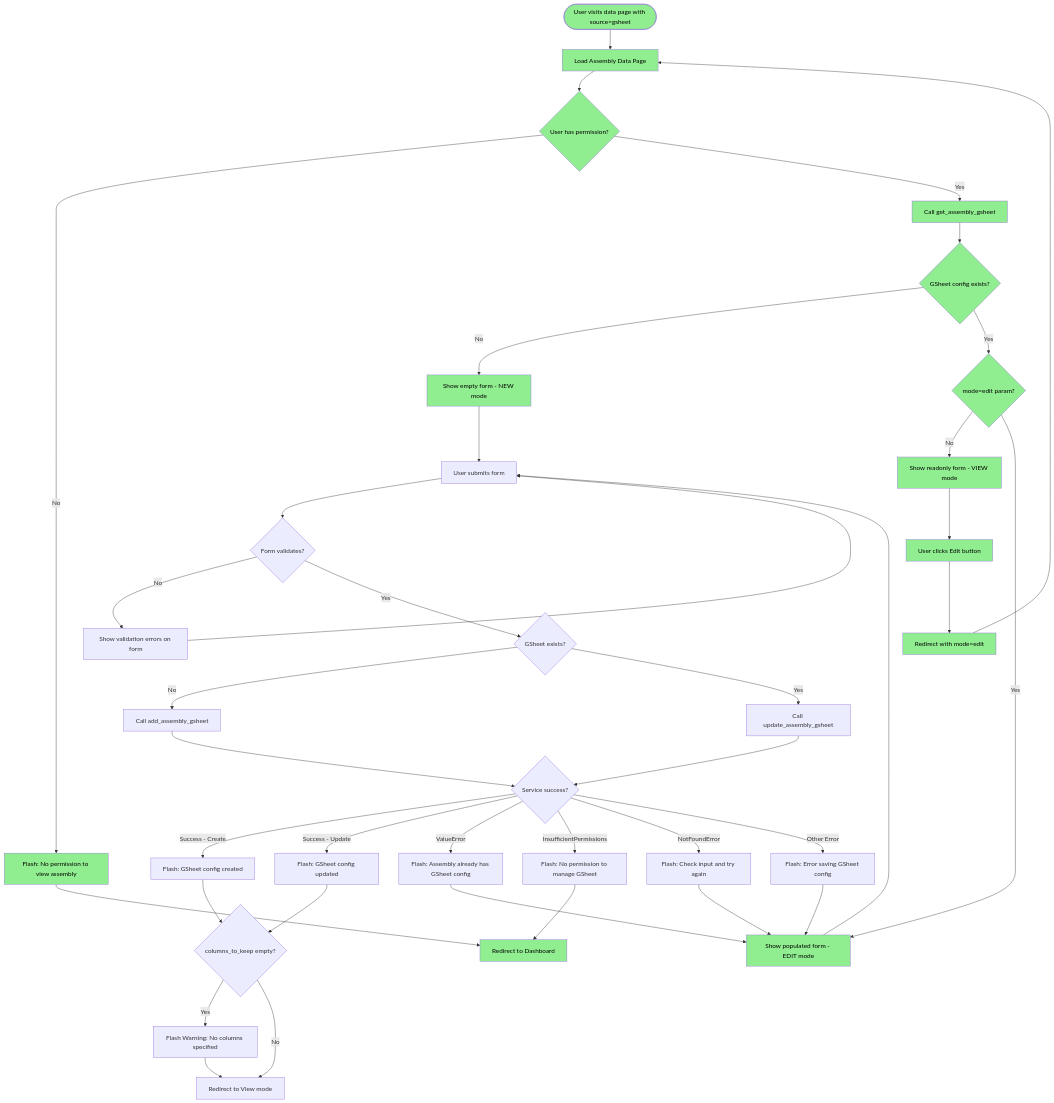
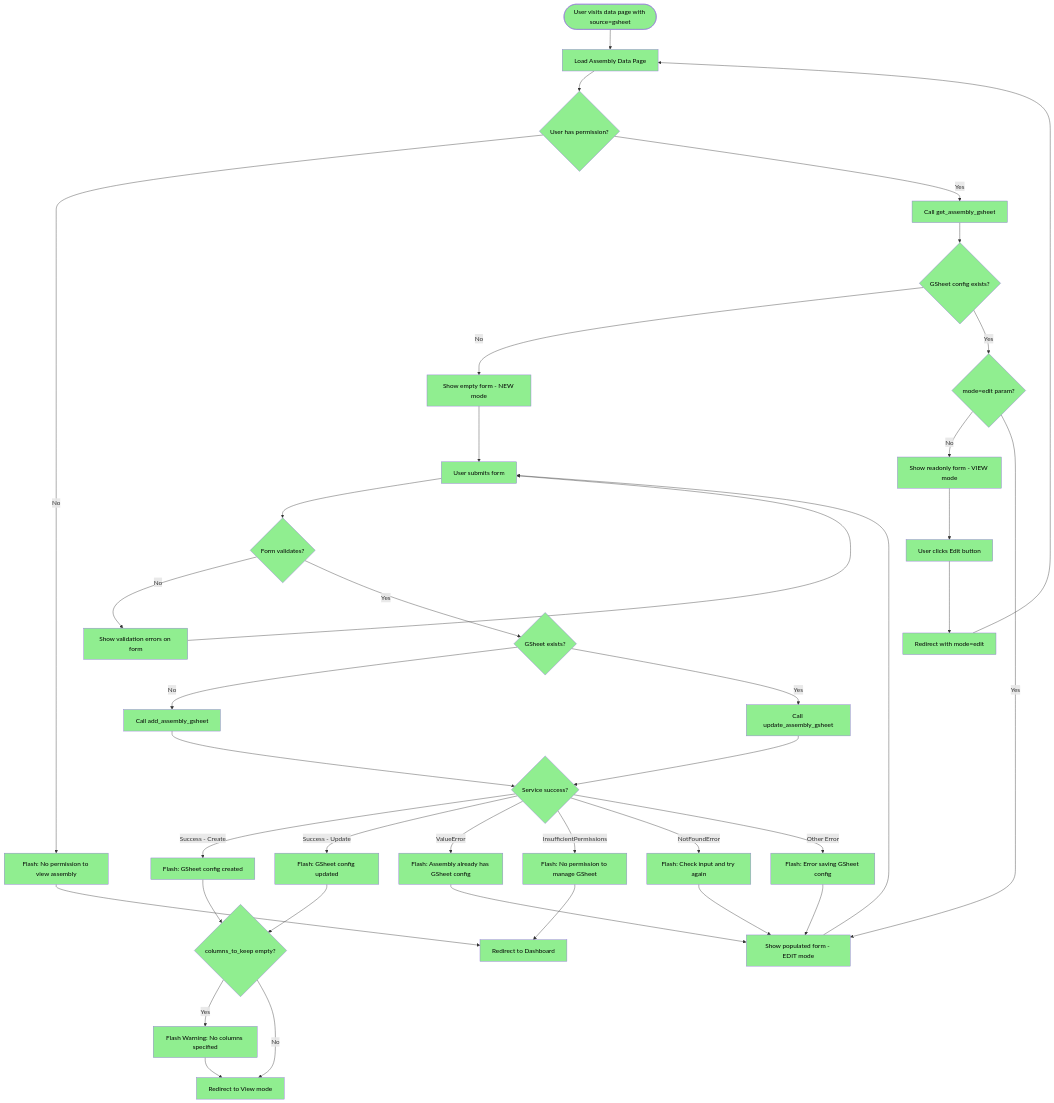
Before and after one commit to sortitionfoundation/opendlp: the first of 2 diagrams in backend/docs/csv-upload-and-gsheet-flow-redesign-spec.md, drawn with Mermaid. The commit also changed other lines of this file and 3 other files, not shown here.

First line of the commit message:
Implement gsheet form submission with service layer integration

````diff
--- a/backend/docs/csv-upload-and-gsheet-flow-redesign-spec.md
+++ b/backend/docs/csv-upload-and-gsheet-flow-redesign-spec.md
@@ -152,4 +152,20 @@
     style ShowEditForm fill:#90EE90,color:#000
     style UserClicksEdit fill:#90EE90,color:#000
     style RedirectEdit fill:#90EE90,color:#000
+    style UserSubmits fill:#90EE90,color:#000
+    style ValidateForm fill:#90EE90,color:#000
+    style ShowErrors fill:#90EE90,color:#000
+    style CallService fill:#90EE90,color:#000
+    style CreateGSheet fill:#90EE90,color:#000
+    style UpdateGSheet fill:#90EE90,color:#000
+    style ServiceResult fill:#90EE90,color:#000
+    style FlashCreate fill:#90EE90,color:#000
+    style FlashUpdate fill:#90EE90,color:#000
+    style FlashExists fill:#90EE90,color:#000
+    style FlashPerm fill:#90EE90,color:#000
+    style FlashNotFound fill:#90EE90,color:#000
+    style FlashError fill:#90EE90,color:#000
+    style CheckColumnsWarning fill:#90EE90,color:#000
+    style FlashWarning fill:#90EE90,color:#000
+    style RedirectView fill:#90EE90,color:#000
 ```
````
